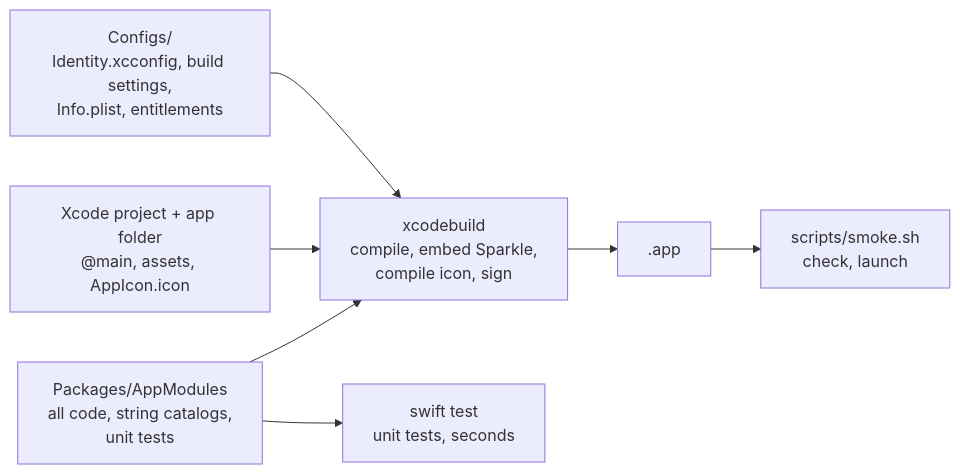
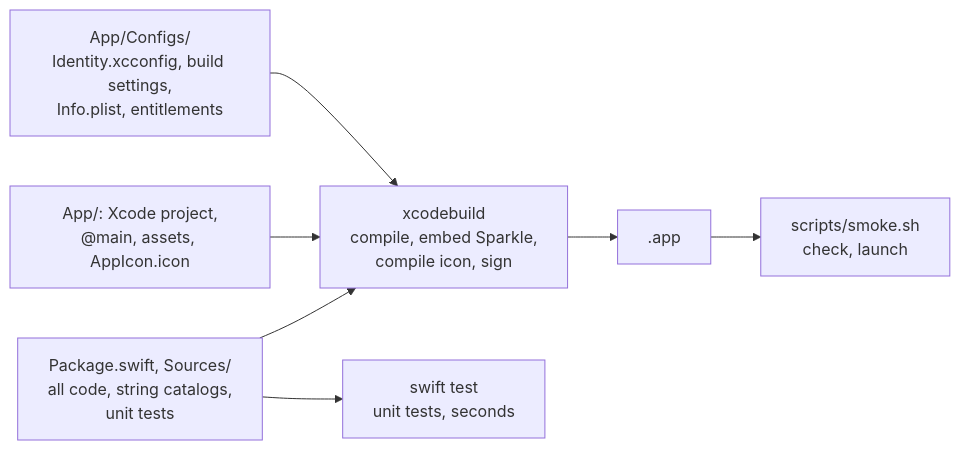
One commit to chengzi-io/macos-swiftui-spm-template changed the diagram in docs/DEVELOPMENT.md. Above: the diagram before and after it, drawn with Mermaid. The commit also changed other lines of this file and 78 other files, not shown here.

First line of the commit message:
build: move the package to the root and the xcode shell into App/

````diff
--- a/docs/DEVELOPMENT.md
+++ b/docs/DEVELOPMENT.md
@@ -19,8 +19,8 @@
 ```mermaid
 flowchart LR
-    pkg["Packages/AppModules<br/>all code, string catalogs,<br/>unit tests"] --> xb
-    shell["Xcode project + app folder<br/>@main, assets, AppIcon.icon"] --> xb
-    cfg["Configs/<br/>Identity.xcconfig, build settings,<br/>Info.plist, entitlements"] --> xb
+    pkg["Package.swift, Sources/<br/>all code, string catalogs,<br/>unit tests"] --> xb
+    shell["App/: Xcode project,<br/>@main, assets, AppIcon.icon"] --> xb
+    cfg["App/Configs/<br/>Identity.xcconfig, build settings,<br/>Info.plist, entitlements"] --> xb
     xb["xcodebuild<br/>compile, embed Sparkle,<br/>compile icon, sign"] --> app[".app"] --> smoke["scripts/smoke.sh<br/>check, launch"]
     pkg --> st["swift test<br/>unit tests, seconds"]
 ```
````
